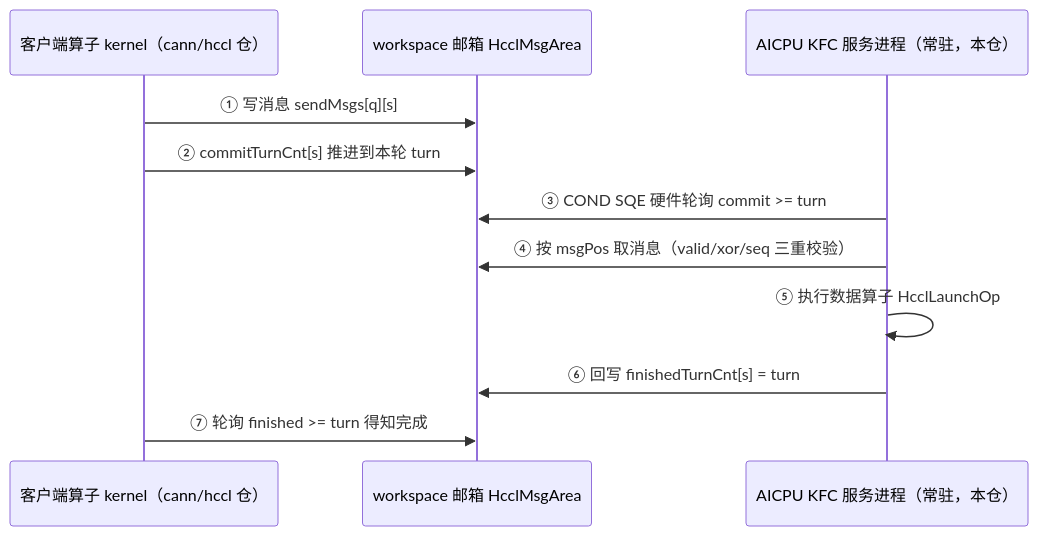
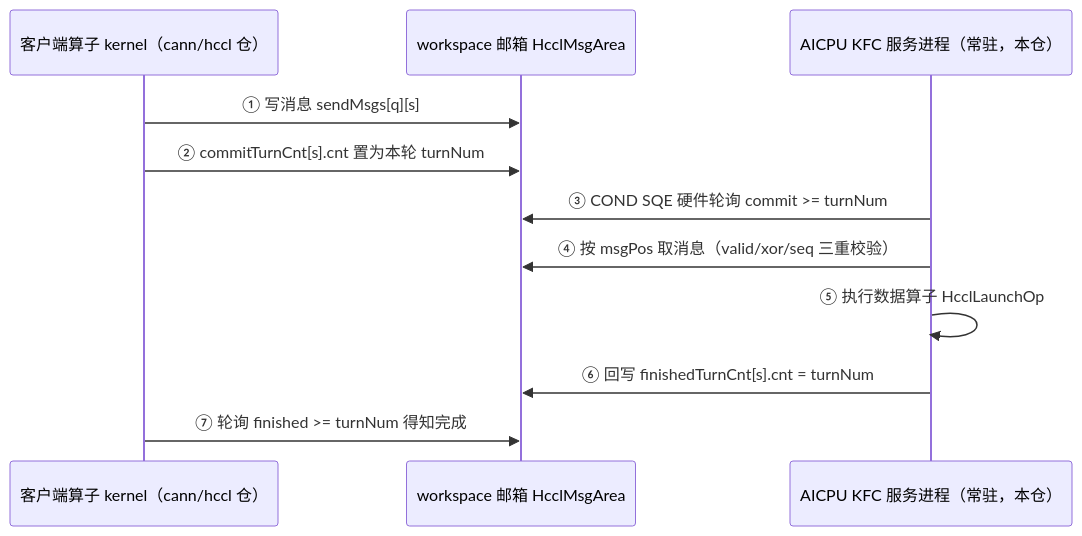
Before and after one commit to 10wvw01/memfabric_hybrid: the second of 3 diagrams in docs/310p/hcomm-GM标志消息同步机制.md, drawn with Mermaid. The commit also changed other lines of this file, not shown here.

Commit message:
docs(310p): hcomm GM标志文档三改——各层标卡型(1层910_93/310P不走)、邮箱布局与q/s下标、turn计数语义、COND SQE硬件轮询调用链

````diff
--- a/docs/310p/hcomm-GM标志消息同步机制.md
+++ b/docs/310p/hcomm-GM标志消息同步机制.md
@@ -114,13 +165,13 @@
 ```mermaid
 sequenceDiagram
     participant C as 客户端算子 kernel（cann/hccl 仓）
     participant W as workspace 邮箱 HcclMsgArea
     participant S as AICPU KFC 服务进程（常驻，本仓）
     C->>W: ① 写消息 sendMsgs[q][s]
-    C->>W: ② commitTurnCnt[s] 推进到本轮 turn
-    S->>W: ③ COND SQE 硬件轮询 commit >= turn
+    C->>W: ② commitTurnCnt[s].cnt 置为本轮 turnNum
+    S->>W: ③ COND SQE 硬件轮询 commit >= turnNum
     S->>W: ④ 按 msgPos 取消息（valid/xor/seq 三重校验）
     S->>S: ⑤ 执行数据算子 HcclLaunchOp
-    S->>W: ⑥ 回写 finishedTurnCnt[s] = turn
-    C->>W: ⑦ 轮询 finished >= turn 得知完成
+    S->>W: ⑥ 回写 finishedTurnCnt[s].cnt = turnNum
+    C->>W: ⑦ 轮询 finished >= turnNum 得知完成
 ```
````
